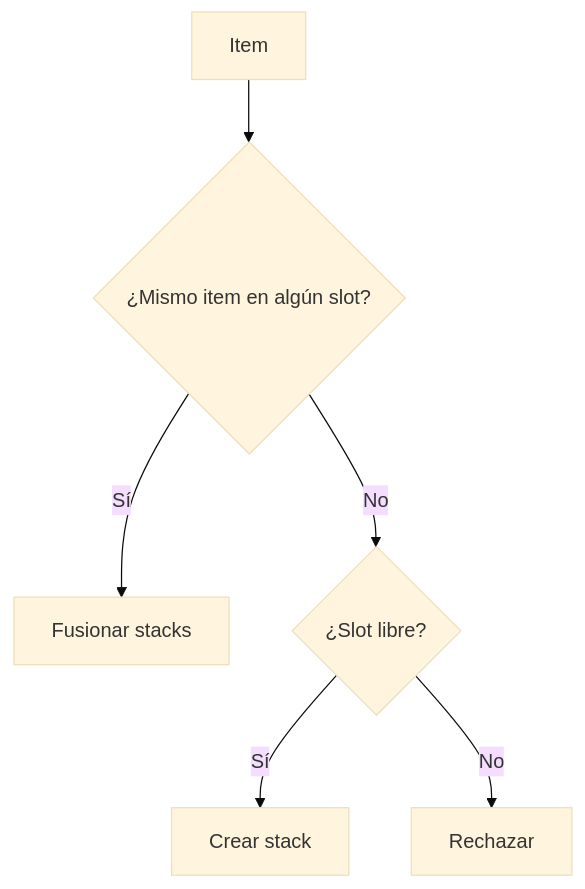
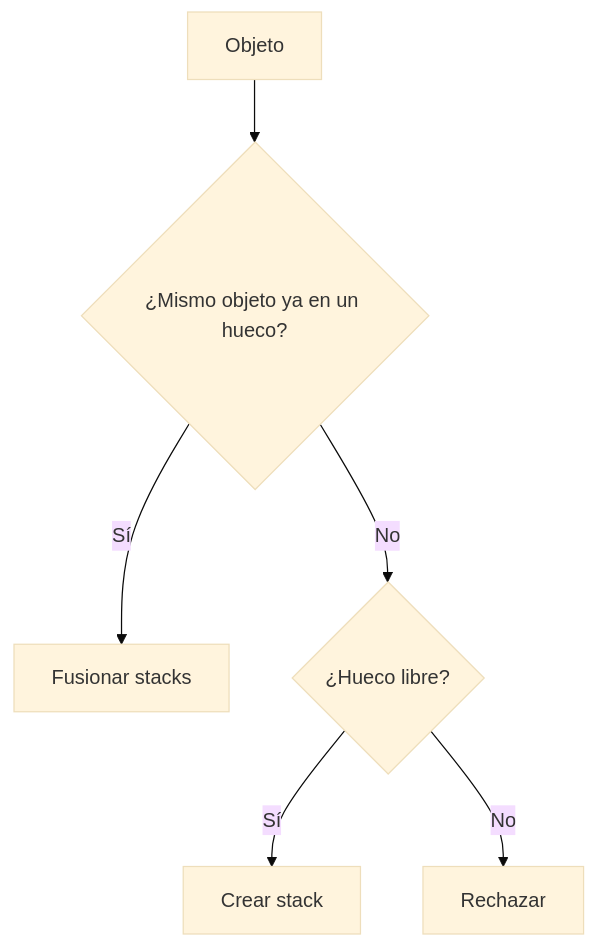
One commit to SergeevSergey99/DragAndDropSystem-Docs changed the third of 4 diagrams in .docs/content/architecture/strategies.es.md. Above: the diagram before and after it, drawn with Mermaid (base theme). The commit also changed other lines of this file and 9 other files, not shown here.

````diff
--- a/.docs/content/architecture/strategies.es.md
+++ b/.docs/content/architecture/strategies.es.md
@@ -52,8 +60,8 @@
 ```mermaid
 flowchart TD
-    A["Item"] --> B{"¿Mismo item en algún slot?"}
+    A["Objeto"] --> B{"¿Mismo objeto ya en un hueco?"}
     B -->|Sí| C["Fusionar stacks"]
-    B -->|No| D{"¿Slot libre?"}
+    B -->|No| D{"¿Hueco libre?"}
     D -->|Sí| E["Crear stack"]
     D -->|No| F["Rechazar"]
 ```
````
